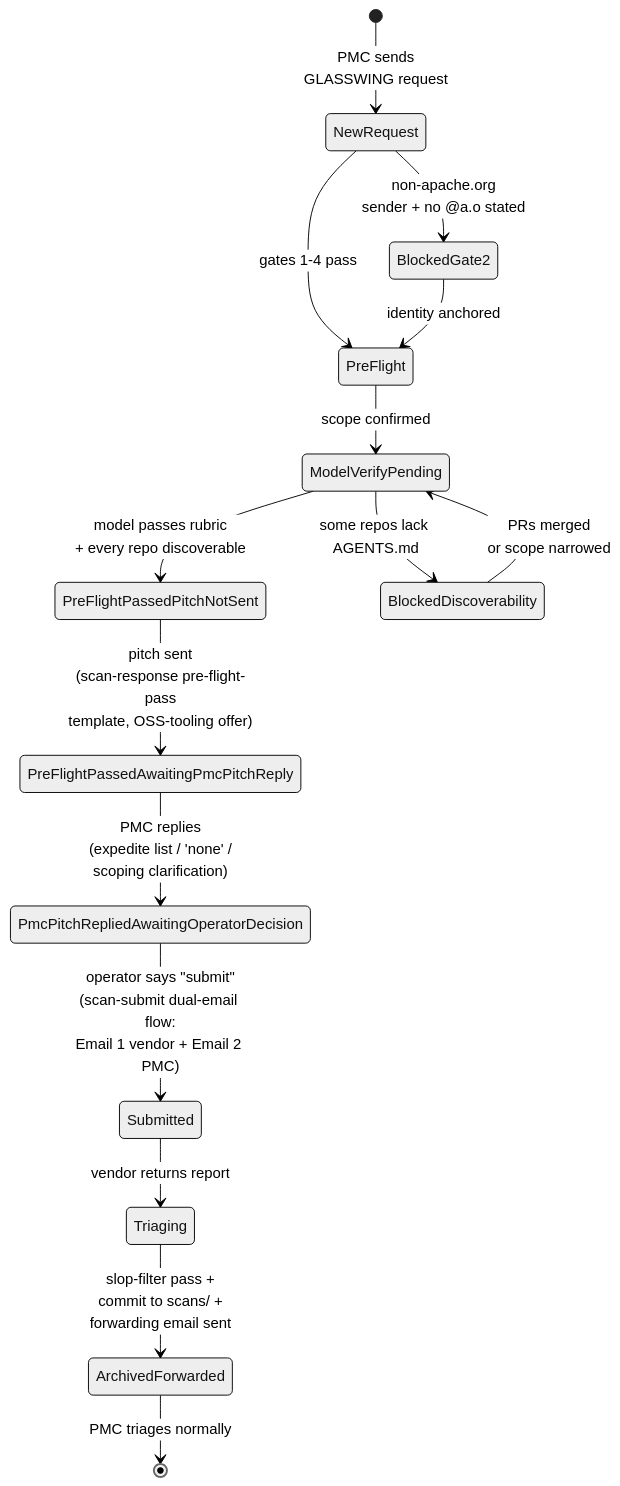
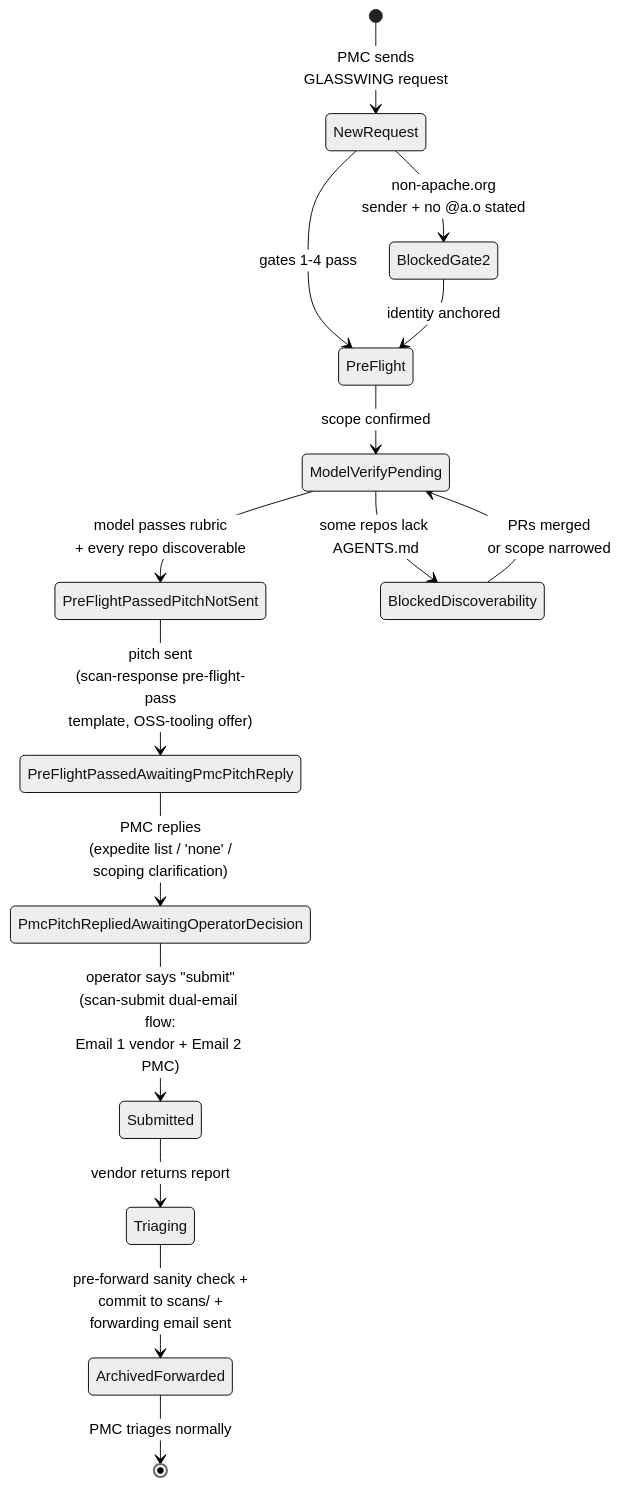
The third of 4 diagrams in README.md (raboof/apache-security-dash), drawn with Mermaid (neutral theme) before and after one commit. The commit also changed other lines of this file and 8 other files, not shown here.

````diff
--- a/README.md
+++ b/README.md
@@ -127,17 +135,17 @@
 ```mermaid
 stateDiagram-v2
     [*] --> NewRequest: PMC sends<br/>GLASSWING request
     NewRequest --> PreFlight: gates 1-4 pass
     NewRequest --> BlockedGate2: non-apache.org<br/>sender + no @a.o stated
     BlockedGate2 --> PreFlight: identity anchored
     PreFlight --> ModelVerifyPending: scope confirmed
     ModelVerifyPending --> PreFlightPassedPitchNotSent: model passes rubric<br/>+ every repo discoverable
     ModelVerifyPending --> BlockedDiscoverability: some repos lack AGENTS.md
     BlockedDiscoverability --> ModelVerifyPending: PRs merged<br/>or scope narrowed
     PreFlightPassedPitchNotSent --> PreFlightPassedAwaitingPmcPitchReply: pitch sent<br/>(scan-response pre-flight-pass<br/>template, OSS-tooling offer)
     PreFlightPassedAwaitingPmcPitchReply --> PmcPitchRepliedAwaitingOperatorDecision: PMC replies<br/>(expedite list / 'none' /<br/>scoping clarification)
     PmcPitchRepliedAwaitingOperatorDecision --> Submitted: operator says "submit"<br/>(scan-submit dual-email flow:<br/>Email 1 vendor + Email 2 PMC)
     Submitted --> Triaging: vendor returns report
-    Triaging --> ArchivedForwarded: slop-filter pass +<br/>commit to scans/ +<br/>forwarding email sent
+    Triaging --> ArchivedForwarded: pre-forward sanity check +<br/>commit to scans/ +<br/>forwarding email sent
     ArchivedForwarded --> [*]: PMC triages normally
 ```
````
